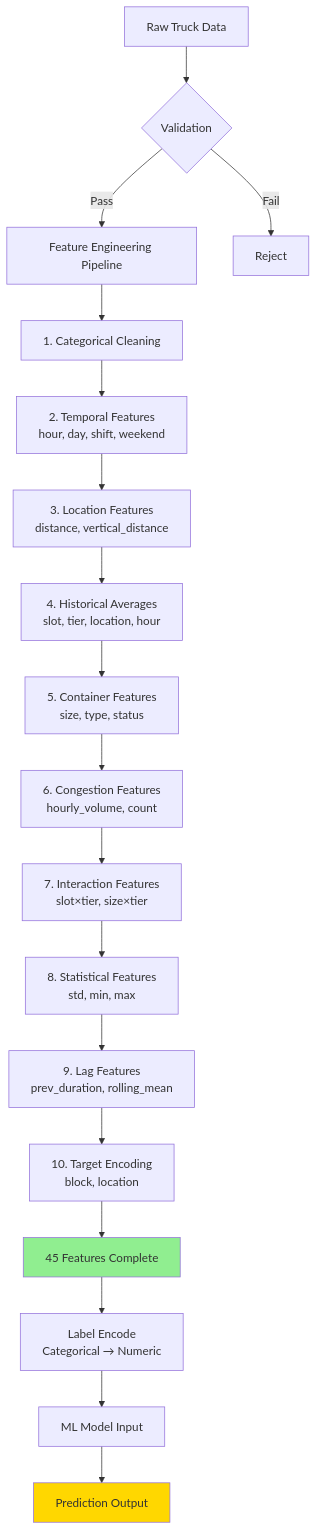
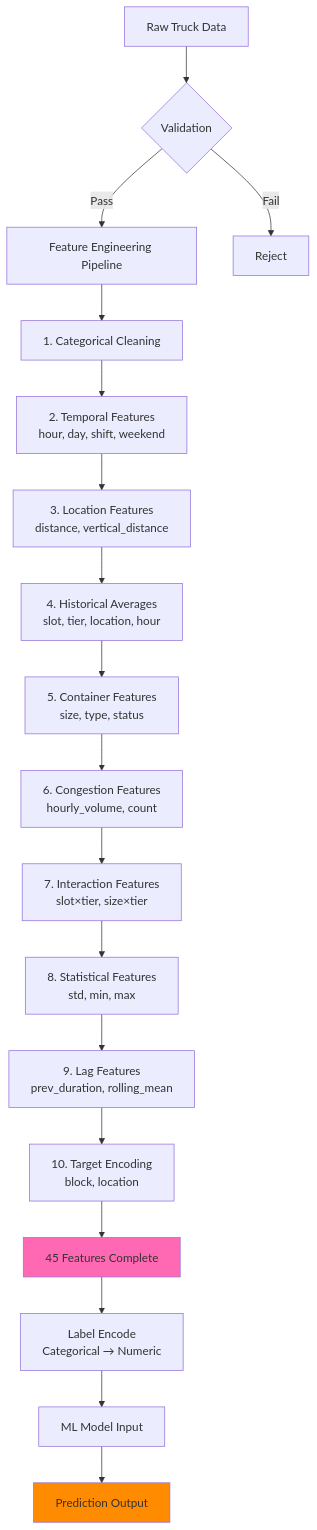
The fourth of 8 diagrams in FLOWCHART.md (Daffa-afaf/ARTG-Queue-Prediction), drawn with Mermaid before and after one commit. The commit also changed other lines of this file, not shown here.

First line of the commit message:
fix: Revise FLOWCHART.md for accuracy and readability

````diff
--- a/FLOWCHART.md
+++ b/FLOWCHART.md
@@ -110,26 +110,26 @@
 ```mermaid
 graph TD
     A[Raw Truck Data] --> B{Validation}
     
     B -->|Pass| C[Feature Engineering Pipeline]
     B -->|Fail| Z[Reject]
     
     C --> D[1. Categorical Cleaning]
     D --> E[2. Temporal Features<br/>hour, day, shift, weekend]
     E --> F[3. Location Features<br/>distance, vertical_distance]
     F --> G[4. Historical Averages<br/>slot, tier, location, hour]
     G --> H[5. Container Features<br/>size, type, status]
     H --> I[6. Congestion Features<br/>hourly_volume, count]
     I --> J[7. Interaction Features<br/>slot×tier, size×tier]
     J --> K[8. Statistical Features<br/>std, min, max]
     K --> L[9. Lag Features<br/>prev_duration, rolling_mean]
     L --> M[10. Target Encoding<br/>block, location]
     
     M --> N[45 Features Complete]
     N --> O[Label Encode<br/>Categorical → Numeric]
     O --> P[ML Model Input]
     P --> Q[Prediction Output]
     
-    style N fill:#90EE90
-    style Q fill:#FFD700
+    style N fill:#FF69B4
+    style Q fill:#FF8C00
 ```
````
